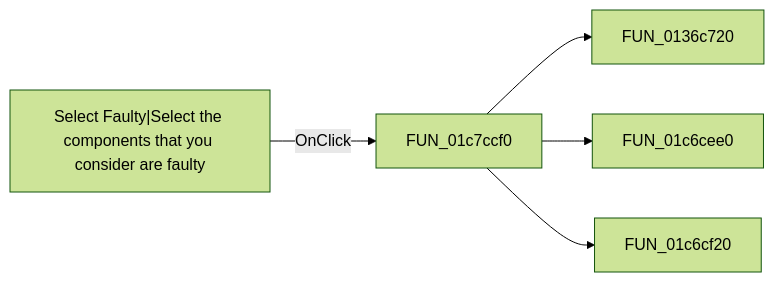
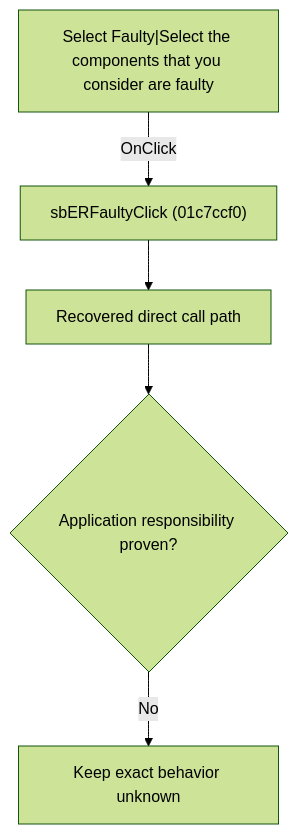
Before and after one commit to MovGP0/TIARA: the diagram in docs/ui-controls/schematiceditor/sberfaulty-fcf0e5f3fb.md, drawn with Mermaid (forest theme). The commit also changed other lines of this file and 1062 other files, not shown here.

````diff
--- a/docs/ui-controls/schematiceditor/sberfaulty-fcf0e5f3fb.md
+++ b/docs/ui-controls/schematiceditor/sberfaulty-fcf0e5f3fb.md
@@ -27,7 +27,7 @@
 ```mermaid
-flowchart LR
-    control["Select Faulty|Select the components that you consider are faulty"] -->|OnClick| handler["FUN_01c7ccf0"]
-    handler --> call1["FUN_0136c720"]
-    handler --> call2["FUN_01c6cee0"]
-    handler --> call3["FUN_01c6cf20"]
+flowchart TD
+    control["Select Faulty|Select the components that you consider are faulty"] -->|"OnClick"| handler["sbERFaultyClick (01c7ccf0)"]
+    handler --> recovered["Recovered direct call path"]
+    recovered --> gap{"Application responsibility proven?"}
+    gap -->|"No"| blocked["Keep exact behavior unknown"]
 ```
````
